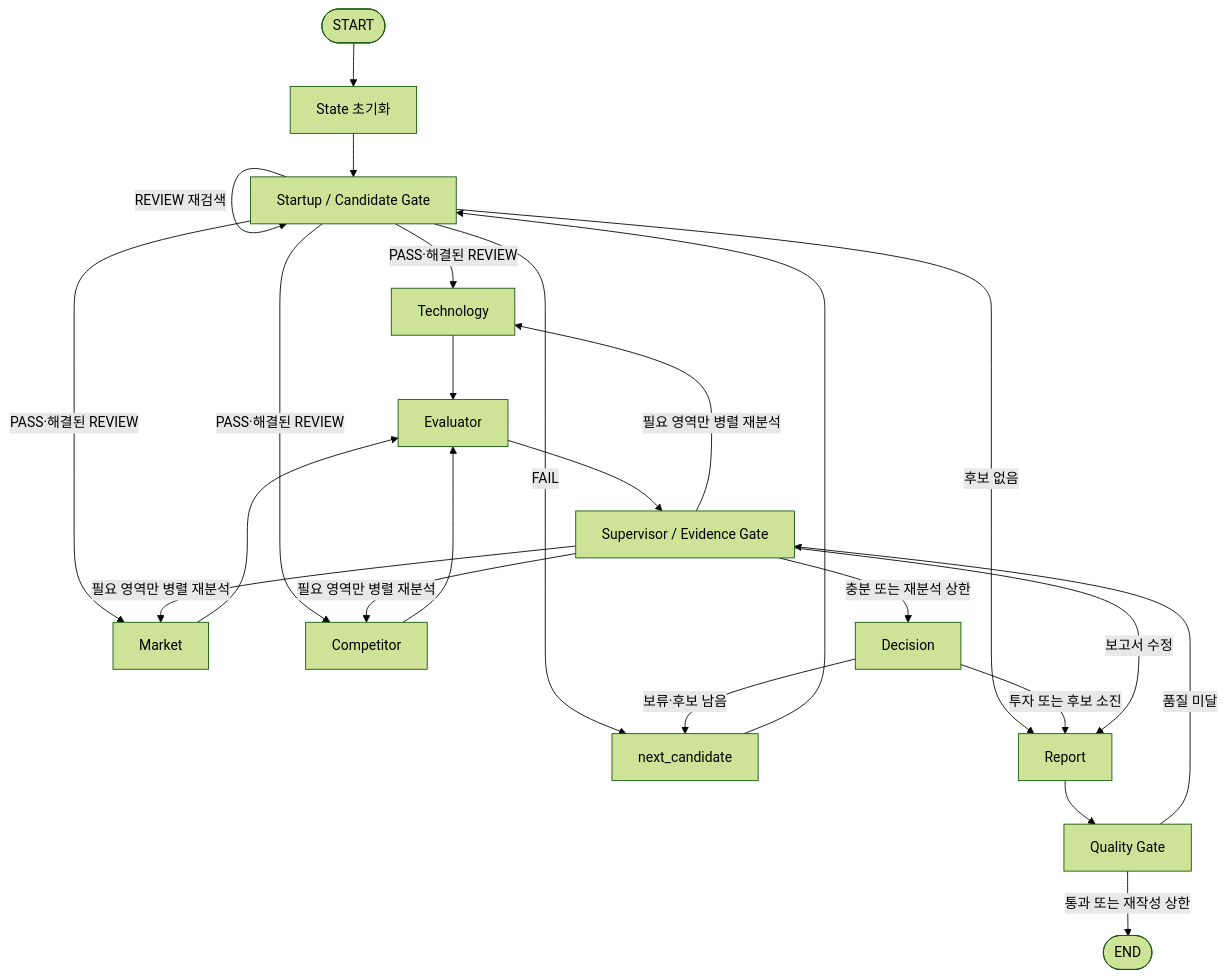
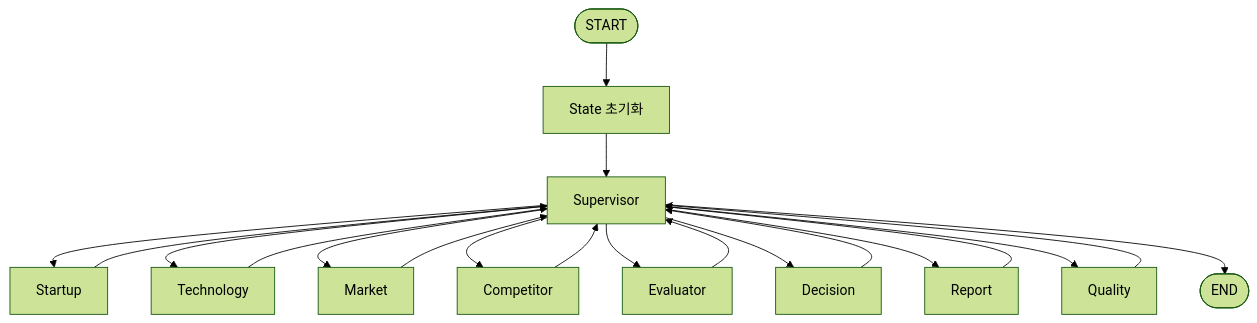
The diagram in docs/DESIGN.md (yeonjep/ai-startup-investment-agent), drawn with Mermaid (forest theme) before and after one commit. The commit also changed other lines of this file and 23 other files, not shown here.

````diff
--- a/docs/DESIGN.md
+++ b/docs/DESIGN.md
@@ -442,26 +445,22 @@
 ```mermaid
 flowchart TD
     START([START]) --> INIT[State 초기화]
-    INIT --> SA[Startup / Candidate Gate]
-    SA -->|PASS·해결된 REVIEW| TA[Technology]
-    SA -->|PASS·해결된 REVIEW| MA[Market]
-    SA -->|PASS·해결된 REVIEW| CA[Competitor]
-    SA -->|REVIEW 재검색| SA
-    SA -->|FAIL| NC[next_candidate]
-    SA -->|후보 없음| RA[Report]
-    TA --> EV[Evaluator]
-    MA --> EV
-    CA --> EV
-    EV --> SV[Supervisor / Evidence Gate]
-    SV -->|필요 영역만 병렬 재분석| TA
-    SV -->|필요 영역만 병렬 재분석| MA
-    SV -->|필요 영역만 병렬 재분석| CA
-    SV -->|충분 또는 재분석 상한| DA[Decision]
-    DA -->|보류·후보 남음| NC
-    NC --> SA
-    DA -->|투자 또는 후보 소진| RA
-    RA --> QA[Quality Gate]
-    QA -->|품질 미달| SV
-    SV -->|보고서 수정| RA
-    QA -->|통과 또는 재작성 상한| END([END])
+    INIT --> SV[Supervisor]
+    SV --> SA[Startup]
+    SV --> TA[Technology]
+    SV --> MA[Market]
+    SV --> CA[Competitor]
+    SV --> EV[Evaluator]
+    SV --> DA[Decision]
+    SV --> RA[Report]
+    SV --> QA[Quality]
+    SA --> SV
+    TA --> SV
+    MA --> SV
+    CA --> SV
+    EV --> SV
+    DA --> SV
+    RA --> SV
+    QA --> SV
+    SV --> END([END])
 ```
````
